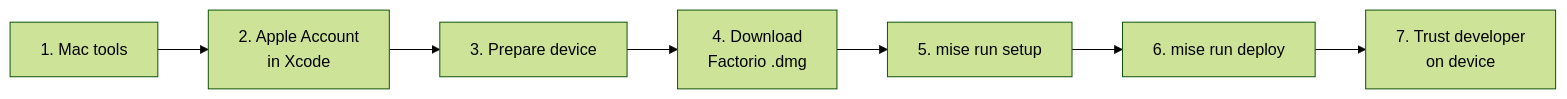
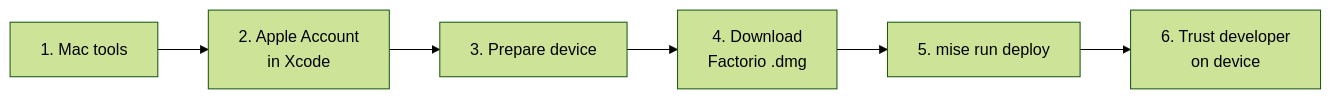
One commit to klesersurovyj-a11y/factorios changed the first of 2 diagrams in docs/getting-started.md. Above: the diagram before and after it, drawn with Mermaid (forest theme). The commit also changed other lines of this file and 20 other files, not shown here.

````diff
--- a/docs/getting-started.md
+++ b/docs/getting-started.md
@@ -6,4 +6,4 @@
 ```mermaid
 flowchart LR
-    A[1. Mac tools] --> B[2. Apple Account<br/>in Xcode] --> C[3. Prepare device] --> D[4. Download<br/>Factorio .dmg] --> E[5. mise run setup] --> F[6. mise run deploy] --> G[7. Trust developer<br/>on device]
+    A[1. Mac tools] --> B[2. Apple Account<br/>in Xcode] --> C[3. Prepare device] --> D[4. Download<br/>Factorio .dmg] --> E[5. mise run deploy] --> F[6. Trust developer<br/>on device]
 ```
````
